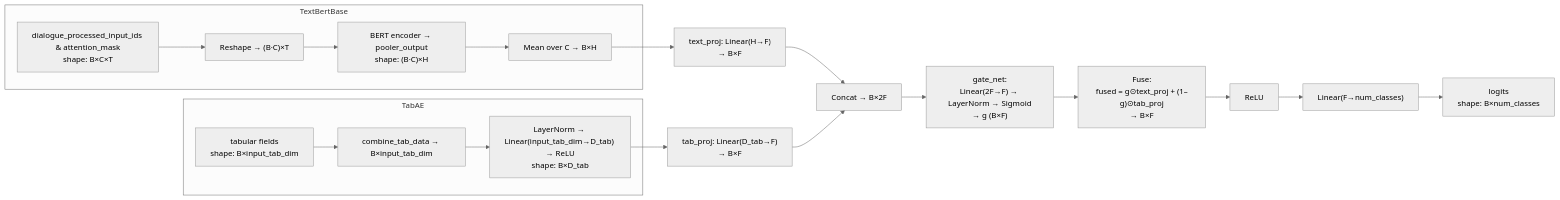
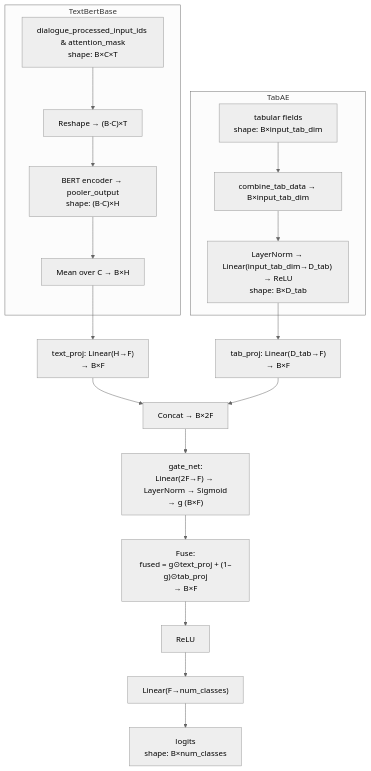
Before and after one commit to TianpeiLuke/SelfStudyNotes: the diagram in obsidian_notes/Project Code Packages for NLP/Parallel Computation/Multi-modal BERT via Fusion Gate.md, drawn with Mermaid (neutral theme). The commit also changed 4 other files, not shown here.

````diff
--- a/obsidian_notes/Project Code Packages for NLP/Parallel Computation/Multi-modal BERT via Fusion Gate.md
+++ b/obsidian_notes/Project Code Packages for NLP/Parallel Computation/Multi-modal BERT via Fusion Gate.md
@@ -28,32 +28,32 @@
 ```mermaid
-flowchart LR
+flowchart TB
   %% Inputs
   A1["dialogue_processed_input_ids & attention_mask\nshape: B×C×T"]
   A2["tabular fields\nshape: B×input_tab_dim"]
 
   %% Text branch
   subgraph TextBranch["TextBertBase"]
     A1 --> T1["Reshape → (B·C)×T"]
     T1 --> T2["BERT encoder → pooler_output\nshape: (B·C)×H"]
     T2 --> T3["Mean over C → B×H"]
   end
 
   %% Tabular branch
   subgraph TabBranch["TabAE"]
     A2 --> U1["combine_tab_data → B×input_tab_dim"]
     U1 --> U2["LayerNorm → Linear(input_tab_dim→D_tab) → ReLU\nshape: B×D_tab"]
   end
 
   %% GateFusion
   T3 --> G1["text_proj: Linear(H→F)\n→ B×F"]
   U2 --> G2["tab_proj: Linear(D_tab→F)\n→ B×F"]
   G1 --> G3["Concat → B×2F"]
   G2 --> G3
   G3 --> G4["gate_net:\nLinear(2F→F) → LayerNorm → Sigmoid\n→ g (B×F)"]
   G4 --> G5["Fuse:\nfused = g⊙text_proj + (1–g)⊙tab_proj\n→ B×F"]
 
   %% Classification
   G5 --> C1["ReLU"]
   C1 --> C2["Linear(F→num_classes)"]
   C2 --> Out["logits\nshape: B×num_classes"]
 ```
````
